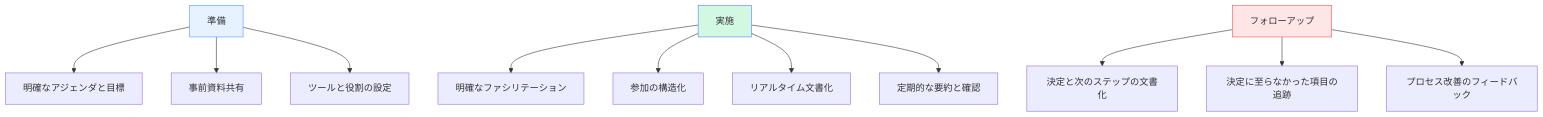
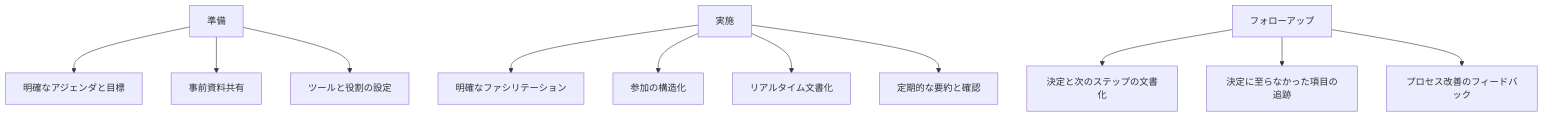
The eighth of 9 diagrams in docs/decision-making-guide/team-decision-making.md (shuji-bonji/Situational-Awareness-and-Decision-Making), drawn with Mermaid before and after one commit. The commit also changed other lines of this file and 49 other files, not shown here.

Commit message:
fix: ダークモードで見づらい図の色の変更

````diff
--- a/docs/decision-making-guide/team-decision-making.md
+++ b/docs/decision-making-guide/team-decision-making.md
@@ -669,19 +669,19 @@
 ```mermaid
 graph TD
     A[準備] --> A1[明確なアジェンダと目標]
     A --> A2[事前資料共有]
     A --> A3[ツールと役割の設定]
     
     B[実施] --> B1[明確なファシリテーション]
     B --> B2[参加の構造化]
     B --> B3[リアルタイム文書化]
     B --> B4[定期的な要約と確認]
     
     C[フォローアップ] --> C1[決定と次のステップの文書化]
     C --> C2[決定に至らなかった項目の追跡]
     C --> C3[プロセス改善のフィードバック]
     
-    style A fill:#e6f2ff,stroke:#4d94ff
-    style B fill:#d3f8e2,stroke:#4d7fff
-    style C fill:#ffe6e6,stroke:#ff4d4d
+
+
+
 ```
````
